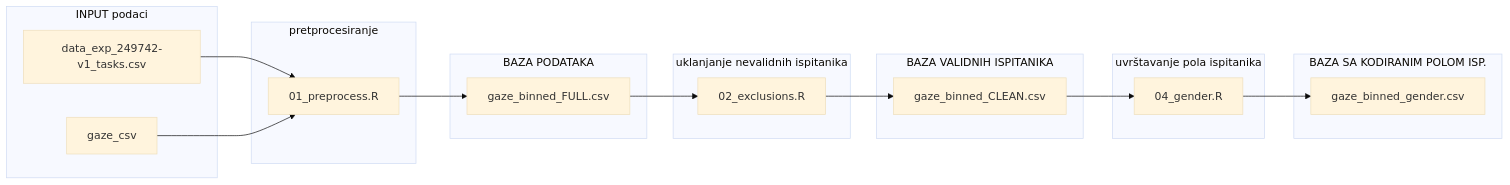
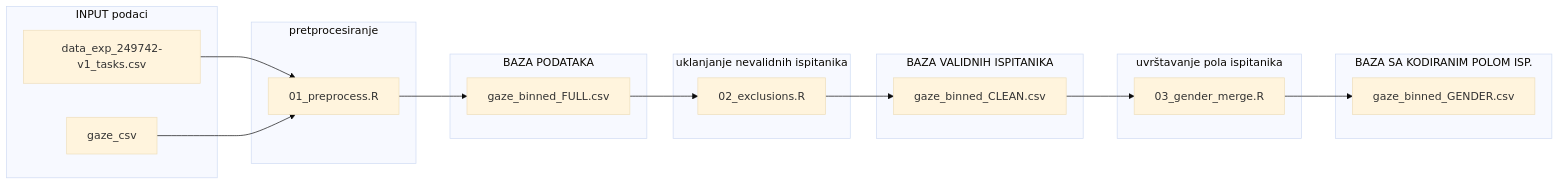
The first of 2 diagrams in README.md (sara-barac/VWP-data-analysis), drawn with Mermaid (base theme) before and after one commit. The commit also changed other lines of this file, not shown here.

````diff
--- a/README.md
+++ b/README.md
@@ -113,37 +113,37 @@
 ```mermaid
 flowchart LR
 
 subgraph INPUT podaci
 A[data_exp_249742-v1_tasks.csv]
 B[gaze_csv]
 end
  
 subgraph pretprocesiranje
 C[01_preprocess.R]
 end
 
 subgraph BAZA PODATAKA
 D[gaze_binned_FULL.csv]
 end
 
 subgraph uklanjanje nevalidnih ispitanika
 E[02_exclusions.R]
 end
 
 subgraph BAZA VALIDNIH ISPITANIKA
 F[gaze_binned_CLEAN.csv]
 end
 
 subgraph uvrštavanje pola ispitanika
-G[04_gender.R]
+G[03_gender_merge.R]
 end
 
 subgraph BAZA SA KODIRANIM POLOM ISP.
-H[gaze_binned_gender.csv]
+H[gaze_binned_GENDER.csv]
 end
 
 A --> C
 B --> C
 C --> D --> E --> F --> G --> H
 
 ```
````
